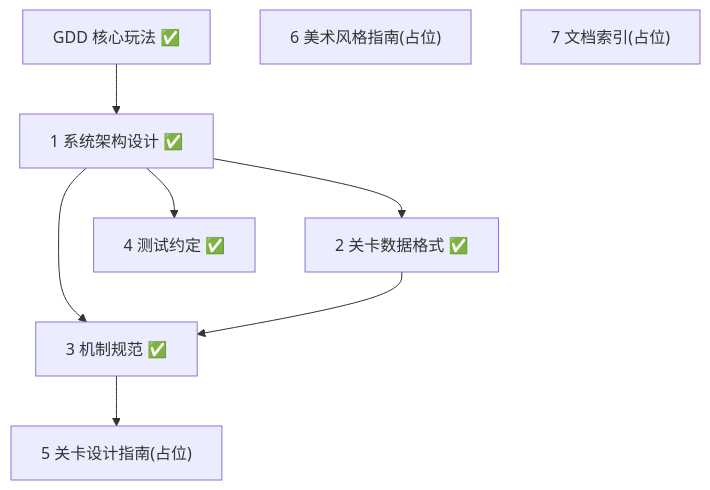
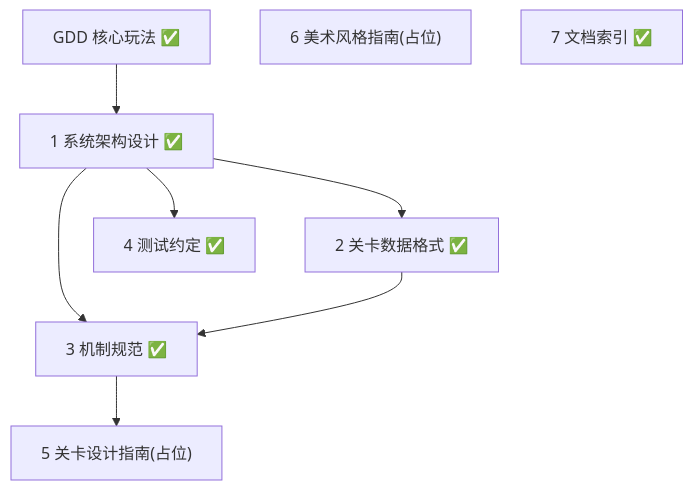
The diagram in docs/superpowers/plans/2026-07-08-documentation-roadmap.md (earneet/monk), drawn with Mermaid before and after one commit. The commit also changed other lines of this file and 1 other file, not shown here.

First line of the commit message:
docs: 新增文档索引 + roadmap Task 7 完成

````diff
--- a/docs/superpowers/plans/2026-07-08-documentation-roadmap.md
+++ b/docs/superpowers/plans/2026-07-08-documentation-roadmap.md
@@ -40,11 +40,11 @@
 ```mermaid
 flowchart TD
     GDD["GDD 核心玩法 ✅"] --> ARCH["1 系统架构设计 ✅"]
     ARCH --> DATA["2 关卡数据格式 ✅"]
     ARCH --> MECH["3 机制规范 ✅"]
     DATA --> MECH
     ARCH --> TEST["4 测试约定 ✅"]
     MECH --> LVL["5 关卡设计指南(占位)"]
     ART["6 美术风格指南(占位)"]
-    IDX["7 文档索引(占位)"]
+    IDX["7 文档索引 ✅"]
 ```
````
